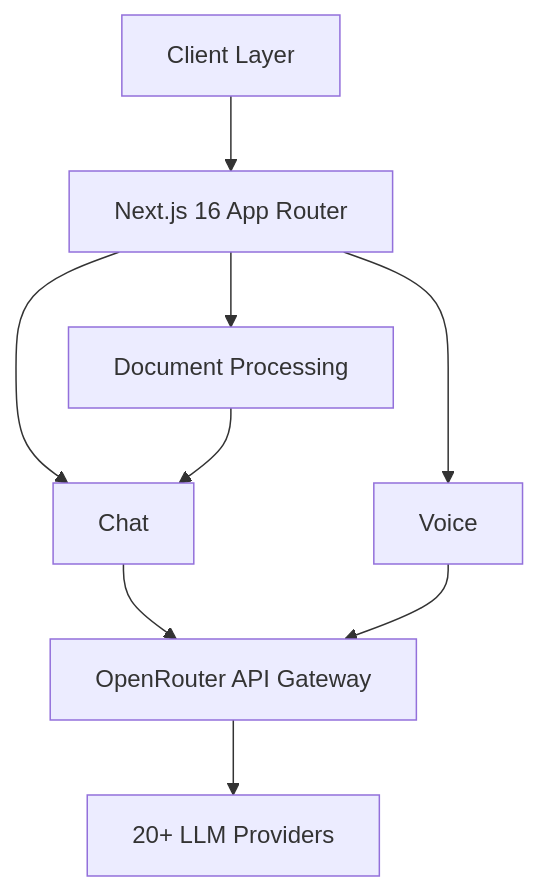
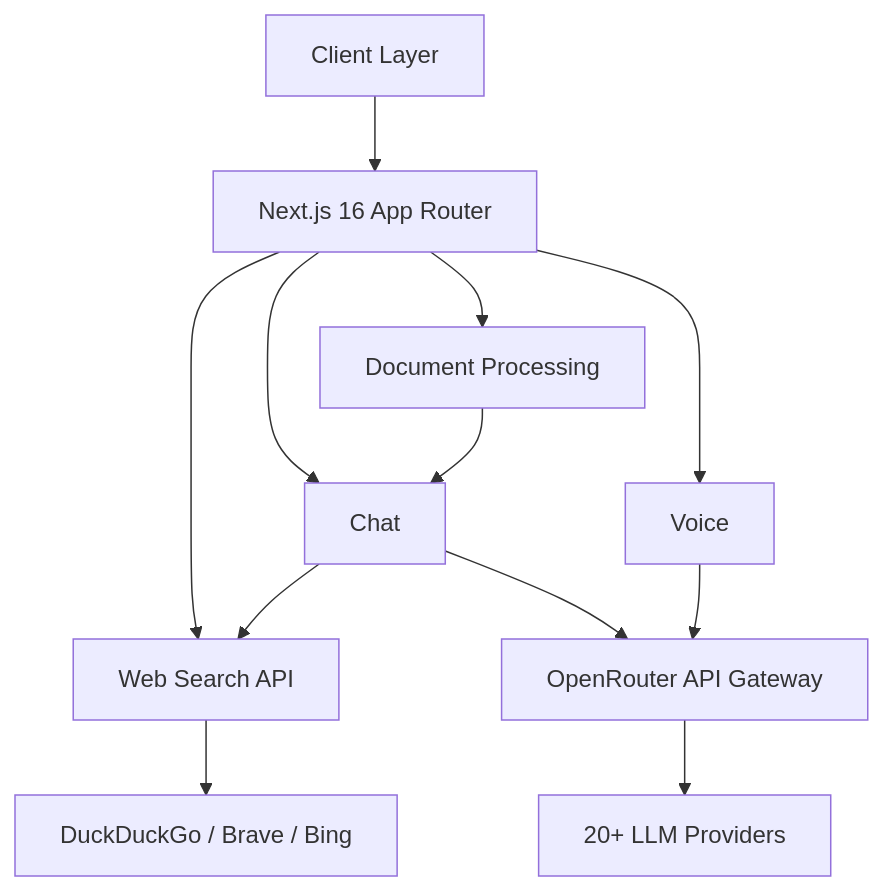
One commit to Suryanshu-Nabheet/AiBoT changed the diagram in README.md. Above: the diagram before and after it, drawn with Mermaid. The commit also changed other lines of this file and 7 other files, not shown here.

First line of the commit message:
docs(web-search): document feature end-to-end across guides

````diff
--- a/README.md
+++ b/README.md
@@ -28,11 +28,14 @@
 ```mermaid
 graph TB
     A[Client Layer] --> B[Next.js 16 App Router]
     B --> C[Chat]
     B --> D[Document Processing]
     B --> E[Voice]
+    B --> W[Web Search API]
+    W --> S[DuckDuckGo / Brave / Bing]
+    C --> W
     C --> F[OpenRouter API Gateway]
     D --> C
     E --> F
     F --> I[20+ LLM Providers]
 ```
````
